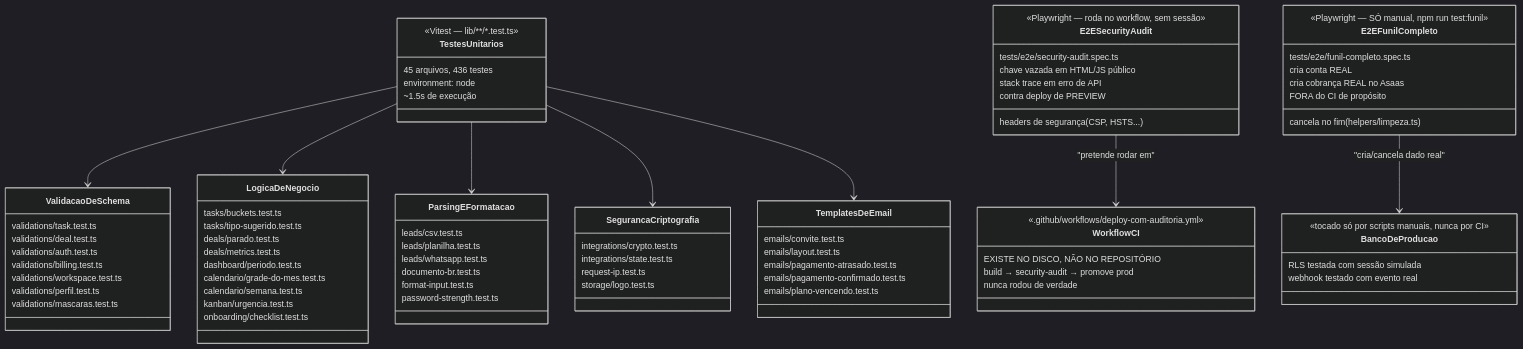
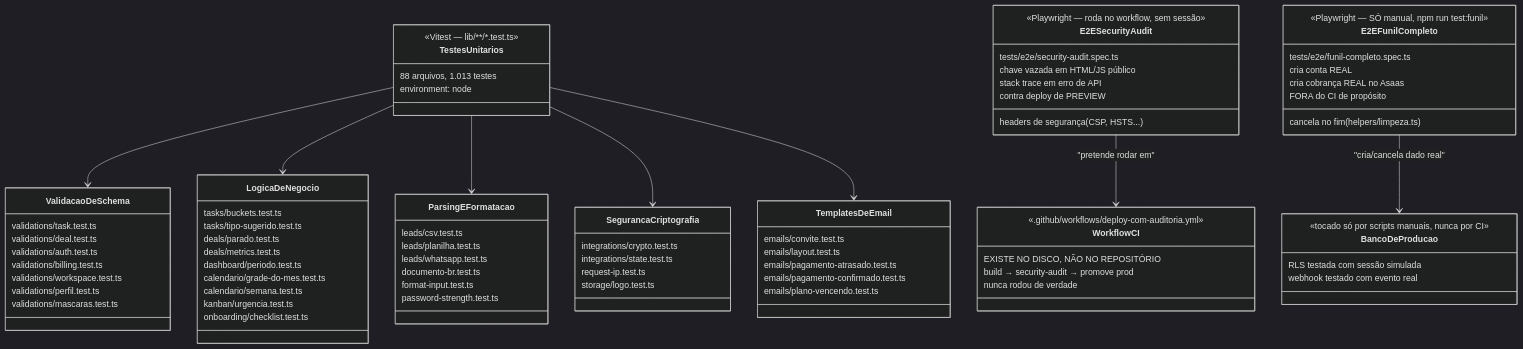
One commit to rickcruzzz/closify-crm changed the first of 2 diagrams in docs/testes.md. Above: the diagram before and after it, drawn with Mermaid (dark theme). The commit also changed other lines of this file and 5 other files, not shown here.

```diff
--- a/docs/testes.md
+++ b/docs/testes.md
@@ -43,9 +68,8 @@
 classDiagram
     class TestesUnitarios {
         <<Vitest — lib/**/*.test.ts>>
-        45 arquivos, 436 testes
+        88 arquivos, 1.013 testes
         environment: node
-        ~1.5s de execução
     }
 
     class ValidacaoDeSchema {
```
